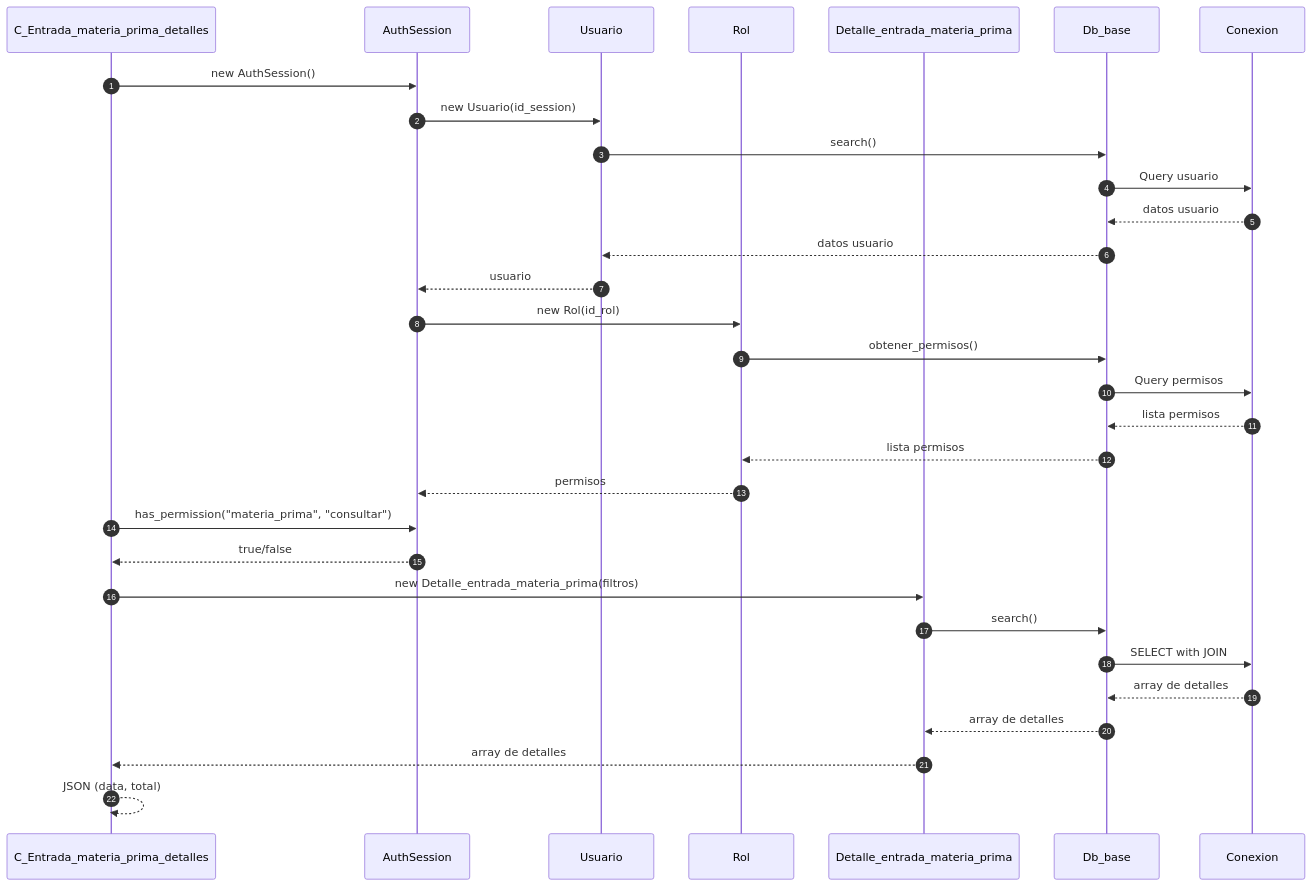
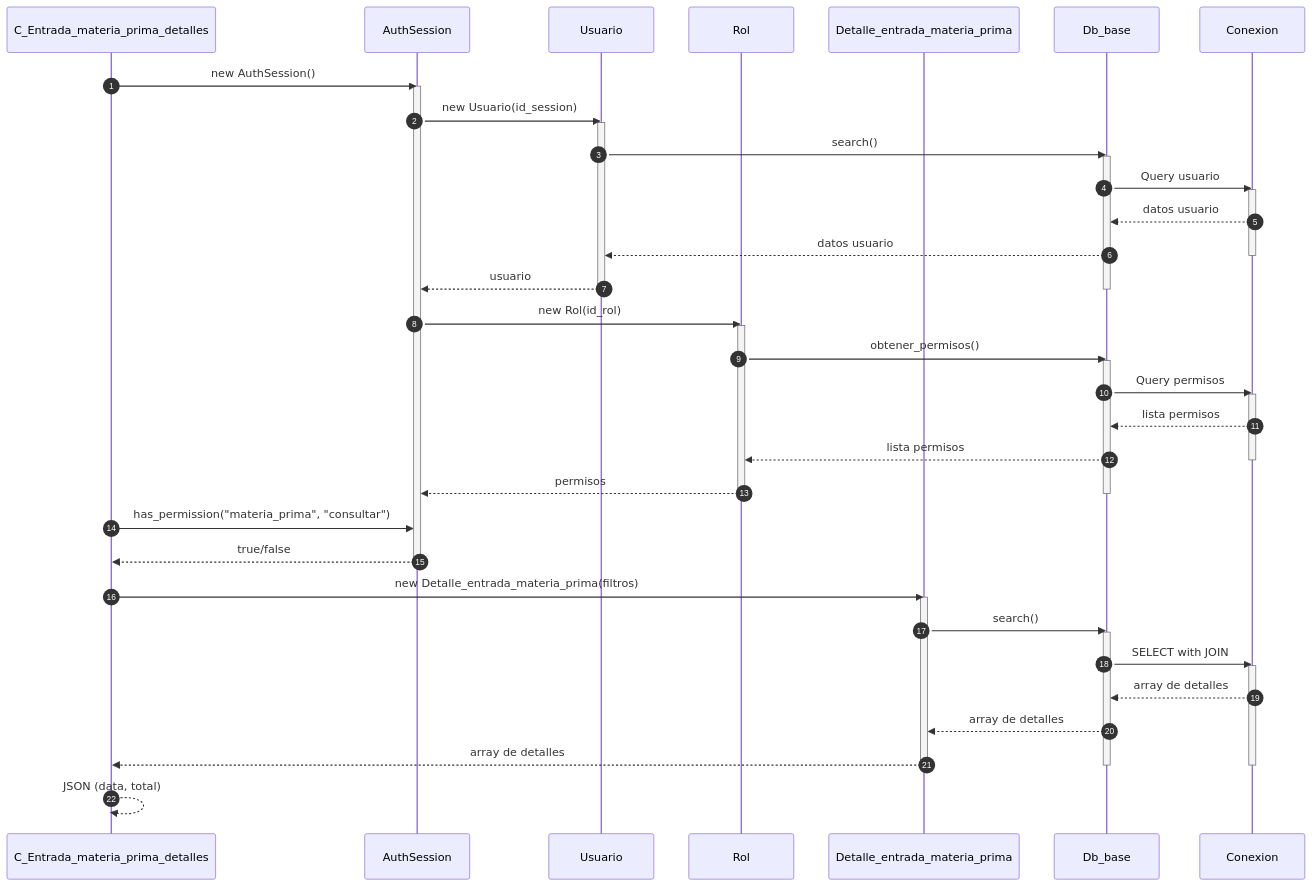
The third of 5 diagrams in docs/secuencia/materia_prima/materia_prima.md (Tecrato/BurgerHouse), drawn with Mermaid before and after one commit. The commit also changed other lines of this file and 16 other files, not shown here.

First line of the commit message:
Annotate mermaid sequences & throttle generator

````diff
--- a/docs/secuencia/materia_prima/materia_prima.md
+++ b/docs/secuencia/materia_prima/materia_prima.md
@@ -102,38 +160,58 @@
 ```mermaid
 sequenceDiagram
     autonumber
     participant C_Entrada_mp_det as C_Entrada_materia_prima_detalles
     participant AuthSession as AuthSession
     participant Usuario as Usuario
     participant Rol as Rol
     participant Detalle_mp as Detalle_entrada_materia_prima
     participant Db_base as Db_base
     participant Conexion as Conexion
     
     C_Entrada_mp_det->>AuthSession: new AuthSession()
+    activate AuthSession
     AuthSession->>Usuario: new Usuario(id_session)
+    activate Usuario
     Usuario->>Db_base: search()
+    activate Db_base
     Db_base->>Conexion: Query usuario
+    activate Conexion
     Conexion-->>Db_base: datos usuario
     Db_base-->>Usuario: datos usuario
+    deactivate Conexion
     Usuario-->>AuthSession: usuario
+    deactivate Usuario
+    deactivate Db_base
     
     AuthSession->>Rol: new Rol(id_rol)
+    activate Rol
     Rol->>Db_base: obtener_permisos()
+    activate Db_base
     Db_base->>Conexion: Query permisos
+    activate Conexion
     Conexion-->>Db_base: lista permisos
     Db_base-->>Rol: lista permisos
+    deactivate Conexion
     Rol-->>AuthSession: permisos
+    deactivate Rol
+    deactivate Db_base
     
     C_Entrada_mp_det->>AuthSession: has_permission("materia_prima", "consultar")
     AuthSession-->>C_Entrada_mp_det: true/false
+    deactivate AuthSession
     
     C_Entrada_mp_det->>Detalle_mp: new Detalle_entrada_materia_prima(filtros)
+    activate Detalle_mp
     Detalle_mp->>Db_base: search()
+    activate Db_base
     Db_base->>Conexion: SELECT with JOIN
+    activate Conexion
     Conexion-->>Db_base: array de detalles
     Db_base-->>Detalle_mp: array de detalles
     Detalle_mp-->>C_Entrada_mp_det: array de detalles
+    deactivate Detalle_mp
+    deactivate Conexion
+    deactivate Db_base
     
     C_Entrada_mp_det-->>C_Entrada_mp_det: JSON (data, total)
 ```
````
